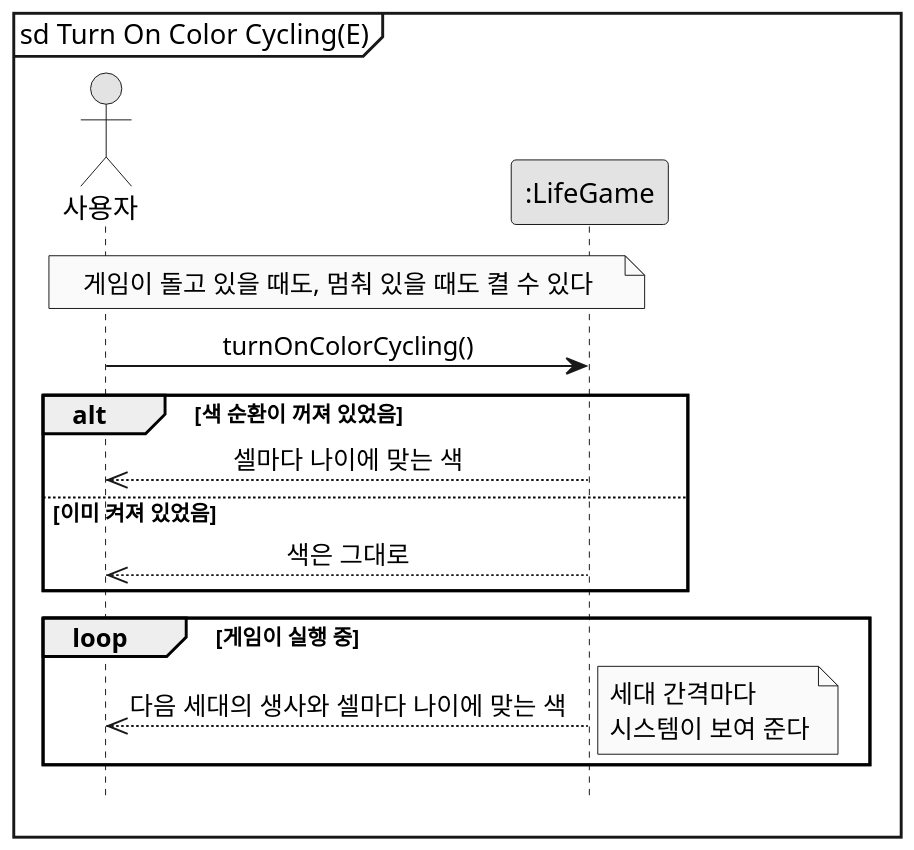
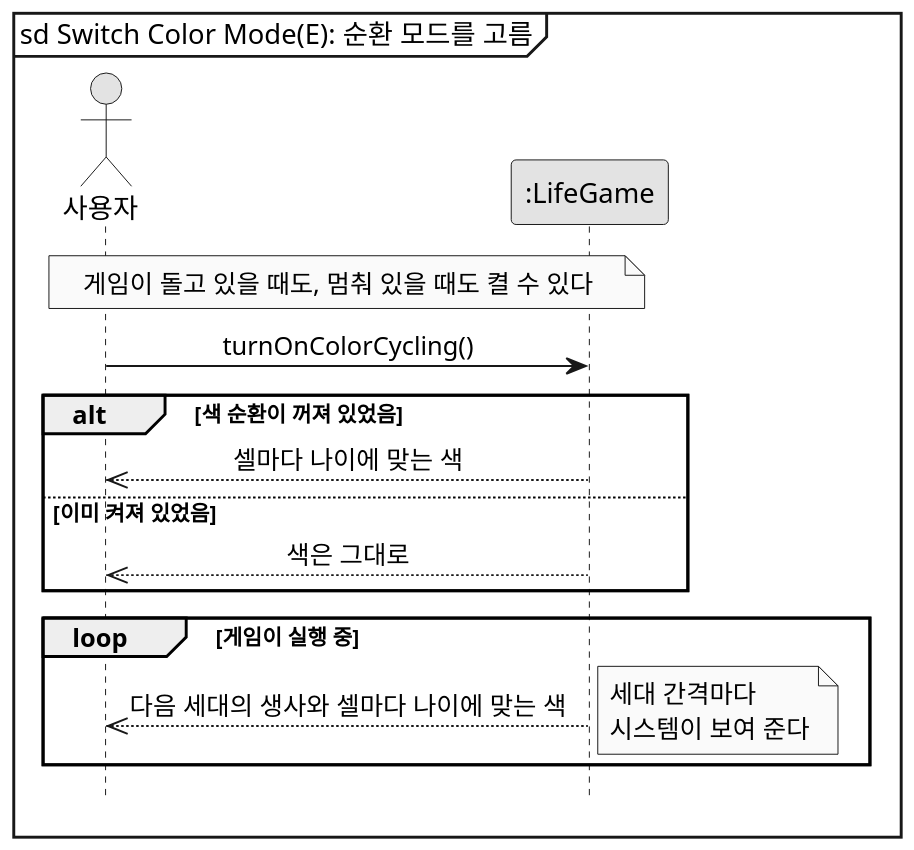
One commit to mckimR1972/DP_team_project changed the diagram in docs/color-gen/diagrams/ssd-turn-on.puml. Above: the diagram before and after it, drawn with PlantUML. The commit also changed 6 other files, not shown here.

Commit message:
docs: 색 순환 유스케이스를 전체 유스케이스 다이어그램에 맞춤

```diff
--- a/docs/color-gen/diagrams/ssd-turn-on.puml
+++ b/docs/color-gen/diagrams/ssd-turn-on.puml
@@ -1,26 +1,26 @@
 @startuml ssd-turn-on
 skinparam monochrome true
 skinparam dpi 150
 skinparam shadowing false
 skinparam defaultFontName "Malgun Gothic"
 skinparam sequenceMessageAlign center
 hide footbox
-mainframe sd Turn On Color Cycling(E)
+mainframe sd Switch Color Mode(E): 순환 모드를 고름
 
 actor "사용자" as User
 participant ":LifeGame" as System
 
 note over User, System : 게임이 돌고 있을 때도, 멈춰 있을 때도 켤 수 있다
 
 User -> System : turnOnColorCycling()
 alt 색 순환이 꺼져 있었음
   System -->> User : 셀마다 나이에 맞는 색
 else 이미 켜져 있었음
   System -->> User : 색은 그대로
 end
 
 loop 게임이 실행 중
   System -->> User : 다음 세대의 생사와 셀마다 나이에 맞는 색
   note right : 세대 간격마다\n시스템이 보여 준다
 end
 @enduml
```
